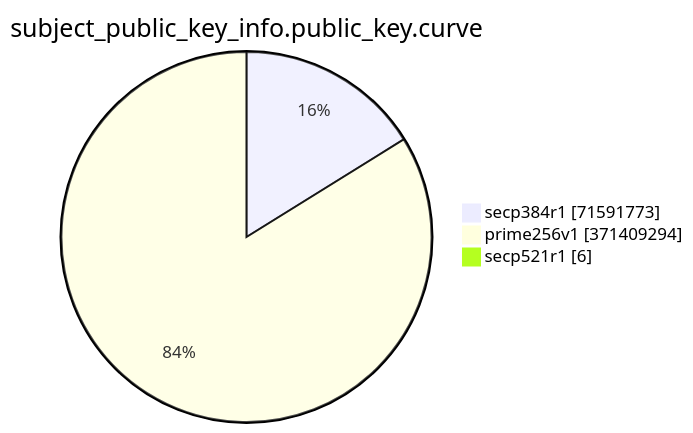
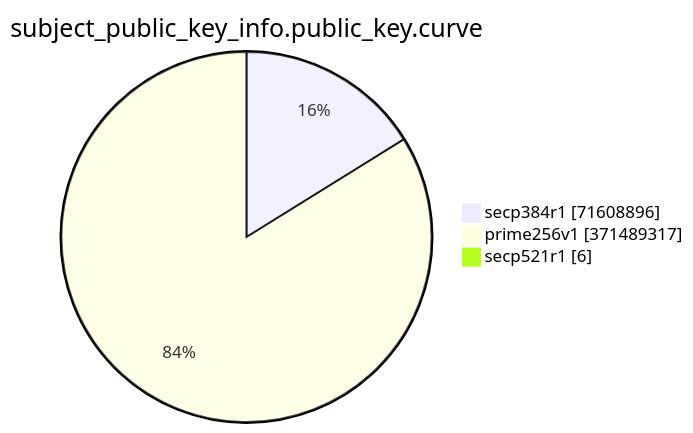
Before and after one commit to christiankrug/ctmonitor_visualization: the eighth of 15 diagrams in TOTAL/README.md, drawn with Mermaid. The commit also changed other lines of this file, not shown here.

````diff
--- a/TOTAL/README.md
+++ b/TOTAL/README.md
@@ -3094,7 +3094,7 @@
 ```mermaid
 pie showData
 title subject_public_key_info.public_key.curve
-"secp384r1" :71591773
-"prime256v1" :371409294
+"secp384r1" :71608896
+"prime256v1" :371489317
 "secp521r1" :6
 ```
````
